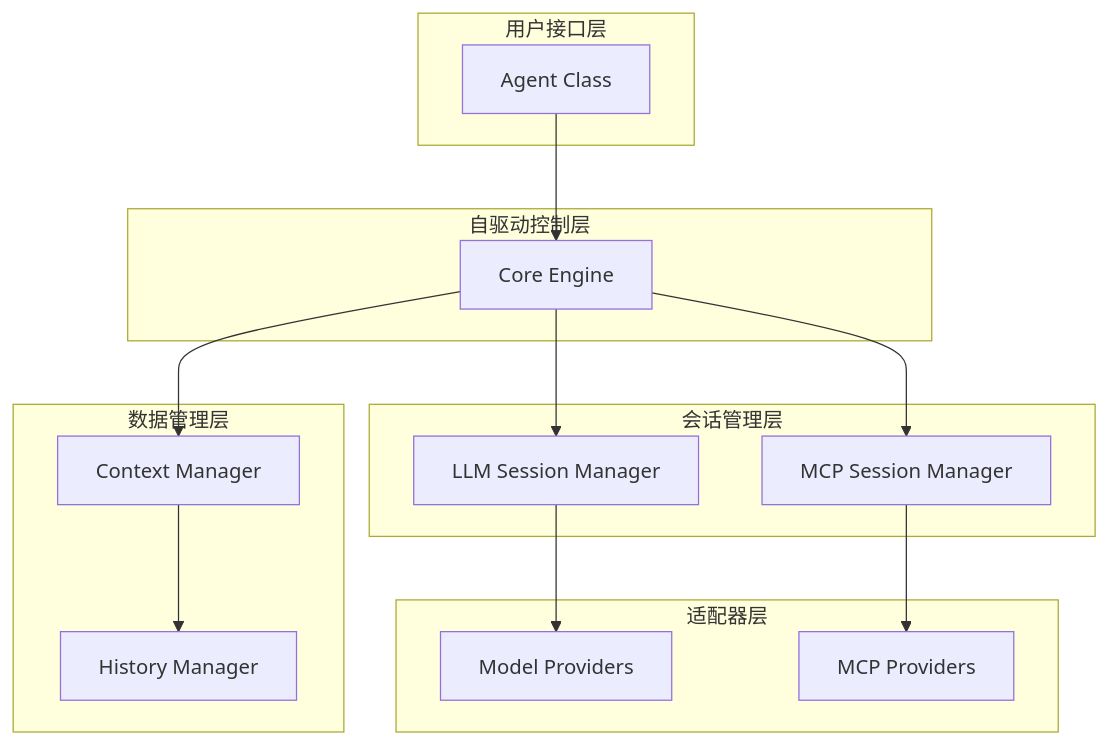
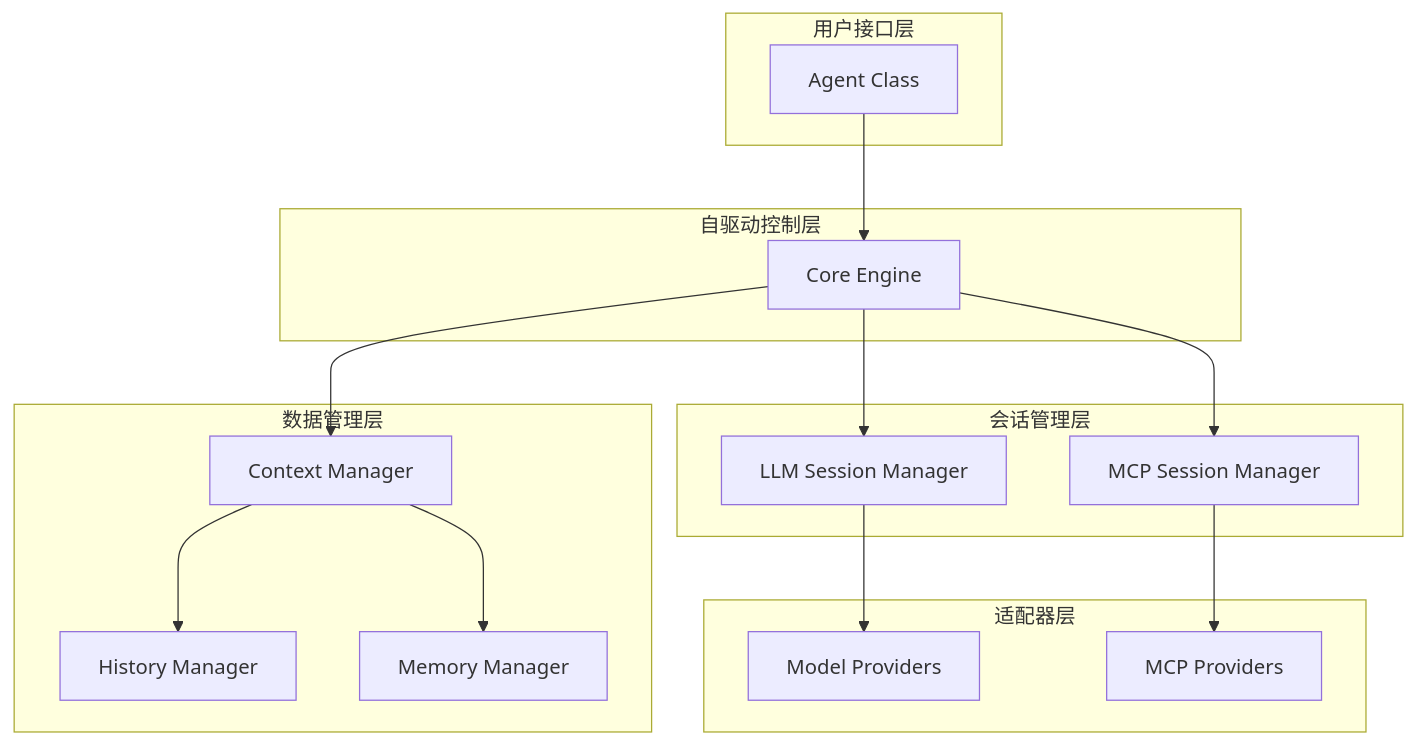
One commit to yarnovo/AgenticZero changed the first of 4 diagrams in src/agent/ARCHITECTURE.md. Above: the diagram before and after it, drawn with Mermaid. The commit also changed other lines of this file and 16 other files, not shown here.

````diff
--- a/src/agent/ARCHITECTURE.md
+++ b/src/agent/ARCHITECTURE.md
@@ -28,33 +28,35 @@
 ```mermaid
 graph TB
     subgraph "用户接口层"
         A[Agent Class]
     end
     
     subgraph "自驱动控制层"
         B[Core Engine]
     end
     
     subgraph "会话管理层"
         C[LLM Session Manager]
         D[MCP Session Manager]
     end
     
     subgraph "数据管理层"
         E[Context Manager]
         F[History Manager]
+        I[Memory Manager]
     end
     
     subgraph "适配器层"
         G[Model Providers]
         H[MCP Providers]
     end
     
     A --> B
     B --> C
     B --> D
     B --> E
     E --> F
+    E --> I
     C --> G
     D --> H
 ```
````
